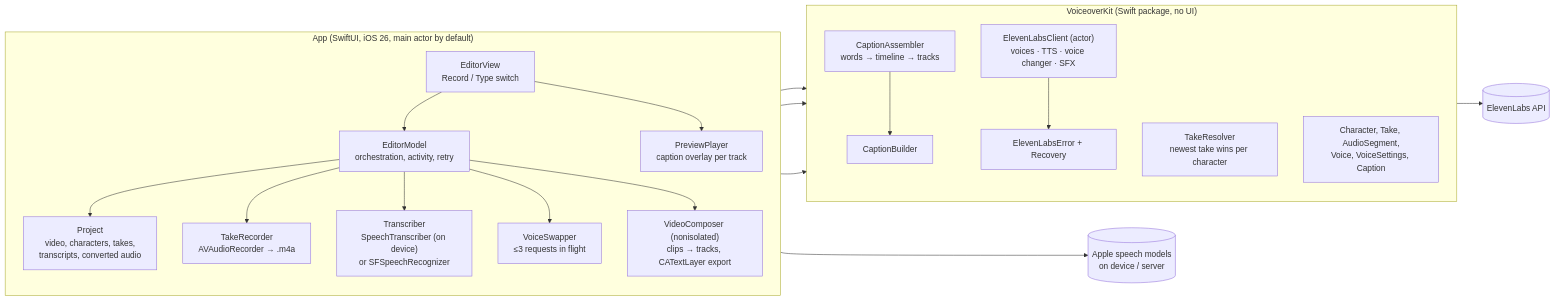
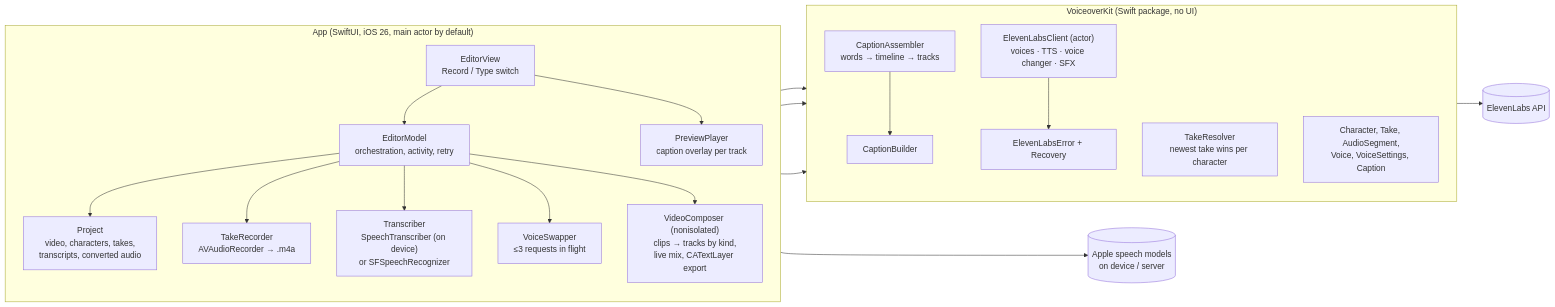
The first of 5 diagrams in README.md (yvelkoa/VoiceoverStudio), drawn with Mermaid before and after one commit. The commit also changed other lines of this file and 9 other files, not shown here.

First line of the commit message:
Effects lane in the recorder and a live mix

````diff
--- a/README.md
+++ b/README.md
@@ -21,38 +21,38 @@
 ```mermaid
 flowchart LR
     subgraph App["App (SwiftUI, iOS 26, main actor by default)"]
         direction TB
         EditorView["EditorView<br/>Record / Type switch"]
         EditorModel["EditorModel<br/>orchestration, activity, retry"]
         Project["Project<br/>video, characters, takes,<br/>transcripts, converted audio"]
         Recorder["TakeRecorder<br/>AVAudioRecorder → .m4a"]
         Transcriber["Transcriber<br/>SpeechTranscriber (on device)<br/>or SFSpeechRecognizer"]
         Swapper["VoiceSwapper<br/>≤3 requests in flight"]
-        Composer["VideoComposer (nonisolated)<br/>clips → tracks, CATextLayer export"]
+        Composer["VideoComposer (nonisolated)<br/>clips → tracks by kind,<br/>live mix, CATextLayer export"]
         Preview["PreviewPlayer<br/>caption overlay per track"]
     end
 
     subgraph Kit["VoiceoverKit (Swift package, no UI)"]
         direction TB
         Client["ElevenLabsClient (actor)<br/>voices · TTS · voice changer · SFX"]
         Resolver["TakeResolver<br/>newest take wins per character"]
         Assembler["CaptionAssembler<br/>words → timeline → tracks"]
         Captions["CaptionBuilder"]
         Errors["ElevenLabsError + Recovery"]
         Models["Character, Take, AudioSegment,<br/>Voice, VoiceSettings, Caption"]
     end
 
     EL[("ElevenLabs API")]
     Apple[("Apple speech models<br/>on device / server")]
 
     EditorView --> EditorModel
     EditorView --> Preview
     EditorModel --> Project
     EditorModel --> Recorder
     EditorModel --> Transcriber --> Apple
     EditorModel --> Swapper --> Client --> EL
     EditorModel --> Composer
     Project --> Resolver
     EditorModel --> Assembler --> Captions
     Client --> Errors
 ```
````
